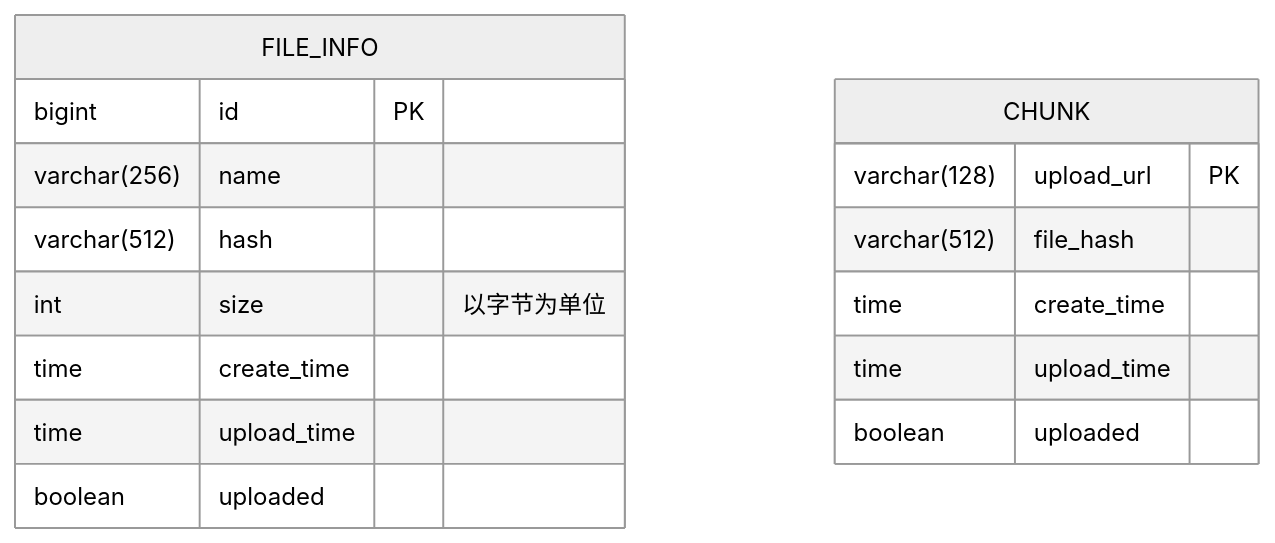
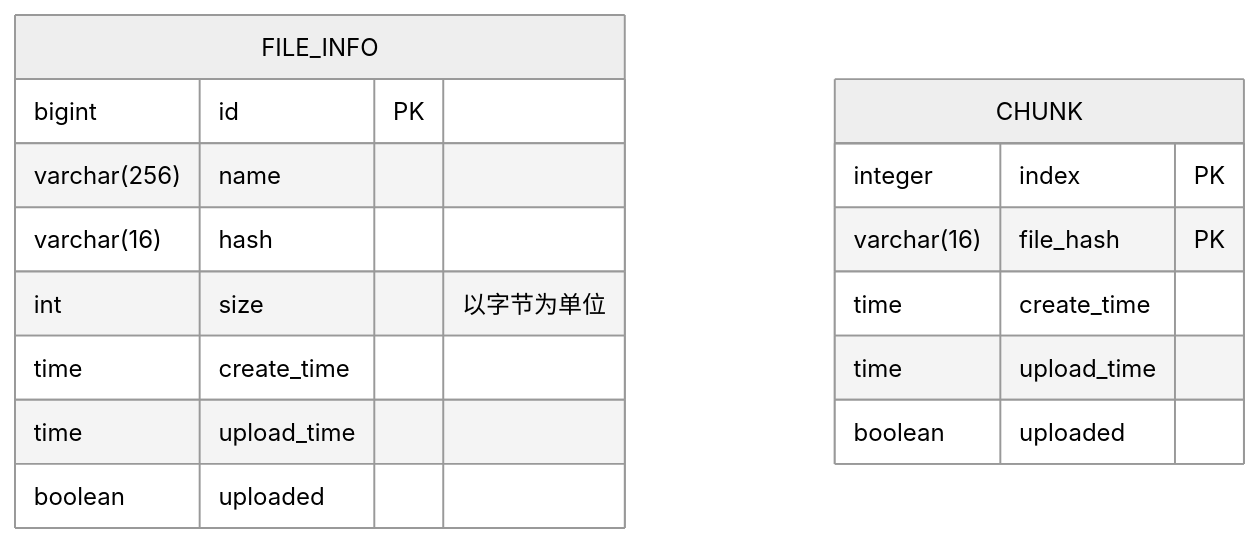
Before and after one commit to niuiic/file-service: the third of 11 diagrams in README.md, drawn with Mermaid (neutral theme). The commit also changed other lines of this file, not shown here.

````diff
--- a/README.md
+++ b/README.md
@@ -70,20 +82,20 @@
 ```mermaid
 erDiagram
     FILE_INFO {
         bigint id PK
         varchar(256) name
-        varchar(512) hash
+        varchar(16) hash
         int size "以字节为单位"
         time create_time
         time upload_time
         boolean uploaded
     }
 
     CHUNK {
-        varchar(128) upload_url PK
-        varchar(512) file_hash
+        integer index PK
+        varchar(16) file_hash PK
         time create_time
         time upload_time
         boolean uploaded
     }
 ```
````
